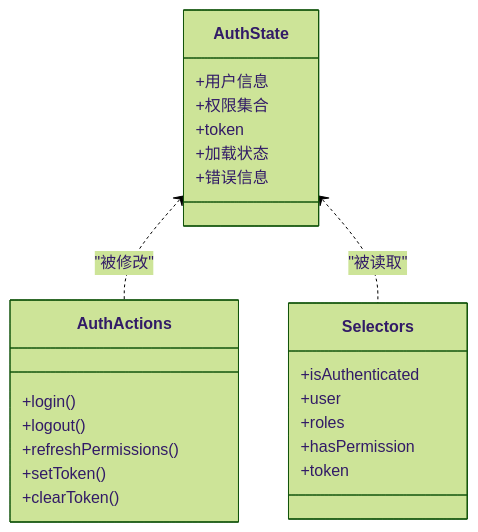
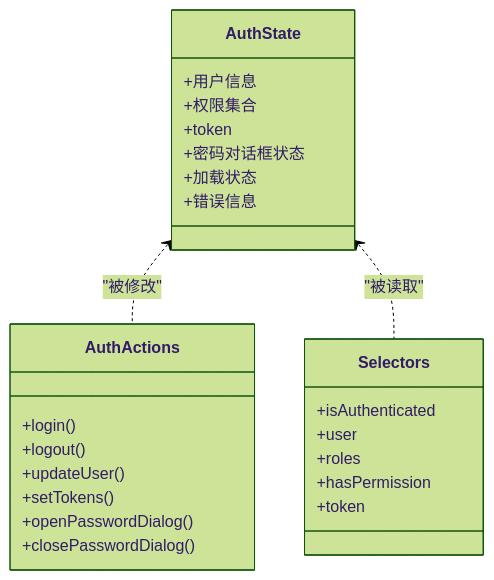
The third of 7 diagrams in .qoder/repowiki/zh/content/架构设计/状态管理/Zustand Store设计.md (Damao997/newproject), drawn with Mermaid (forest theme) before and after one commit. The commit also changed other lines of this file and 22 other files, not shown here.

````diff
--- a/.qoder/repowiki/zh/content/架构设计/状态管理/Zustand Store设计.md
+++ b/.qoder/repowiki/zh/content/架构设计/状态管理/Zustand Store设计.md
@@ -145,26 +177,28 @@
 ```mermaid
 classDiagram
 class AuthState {
 +用户信息
 +权限集合
 +token
++密码对话框状态
 +加载状态
 +错误信息
 }
 class AuthActions {
 +login()
 +logout()
-+refreshPermissions()
-+setToken()
-+clearToken()
++updateUser()
++setTokens()
++openPasswordDialog()
++closePasswordDialog()
 }
 class Selectors {
 +isAuthenticated
 +user
 +roles
 +hasPermission
 +token
 }
 AuthState <.. AuthActions : "被修改"
 AuthState <.. Selectors : "被读取"
 ```
````
